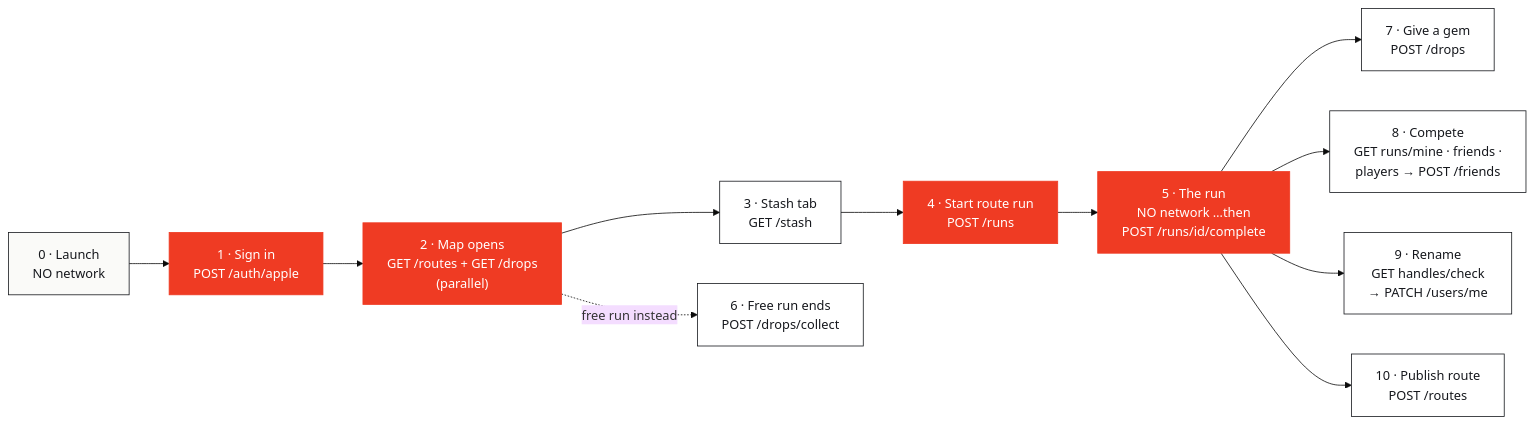
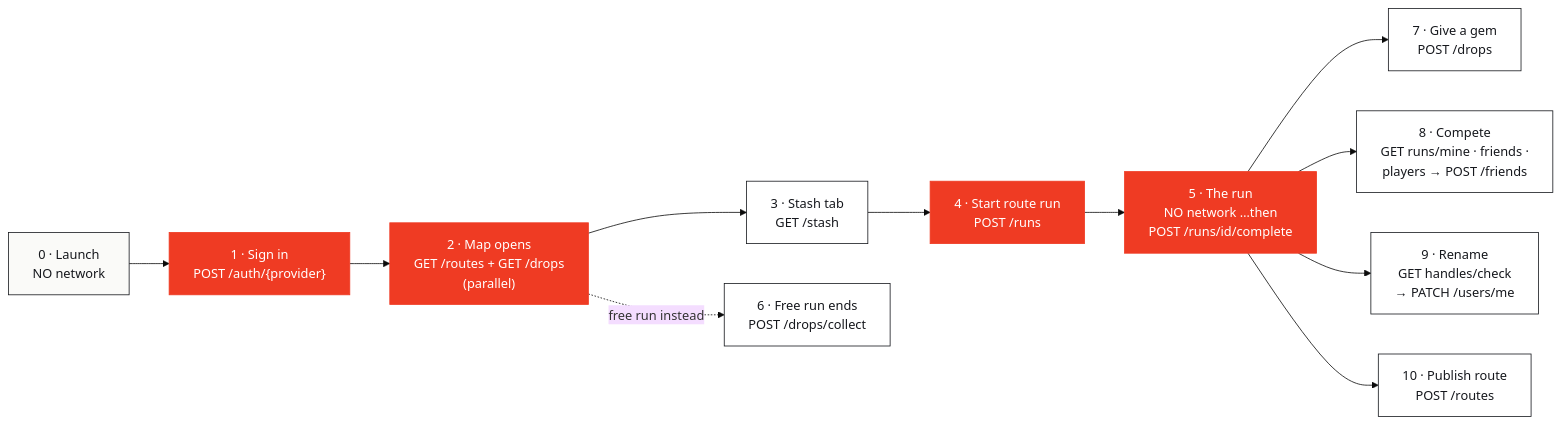
The first of 2 diagrams in docs/17-wire-trace.md (Ifthikar20/project-gr), drawn with Mermaid (base theme) before and after one commit. The commit also changed other lines of this file and 17 other files, not shown here.

````diff
--- a/docs/17-wire-trace.md
+++ b/docs/17-wire-trace.md
@@ -23,20 +23,20 @@
 ```mermaid
 flowchart LR
     M0["0 · Launch<br/>NO network"]:::snow
-    M1["1 · Sign in<br/>POST /auth/apple"]:::pulse
+    M1["1 · Sign in<br/>POST /auth/{provider}"]:::pulse
     M2["2 · Map opens<br/>GET /routes + GET /drops<br/>(parallel)"]:::pulse
     M3["3 · Stash tab<br/>GET /stash"]:::card
     M4["4 · Start route run<br/>POST /runs"]:::pulse
     M5["5 · The run<br/>NO network …then<br/>POST /runs/id/complete"]:::pulse
     M6["6 · Free run ends<br/>POST /drops/collect"]:::card
     M7["7 · Give a gem<br/>POST /drops"]:::card
     M8["8 · Compete<br/>GET runs/mine · friends ·<br/>players → POST /friends"]:::card
     M9["9 · Rename<br/>GET handles/check<br/>→ PATCH /users/me"]:::card
     M10["10 · Publish route<br/>POST /routes"]:::card
     M0 --> M1 --> M2 --> M3 --> M4 --> M5
     M2 -.->|"free run instead"| M6
     M5 --> M7 & M8 & M9 & M10
     classDef snow fill:#FAFAF8,stroke:#16181D,color:#16181D
     classDef pulse fill:#EF3B23,stroke:#EF3B23,color:#FFFFFF
     classDef card fill:#FFFFFF,stroke:#16181D,color:#16181D
 ```
````
